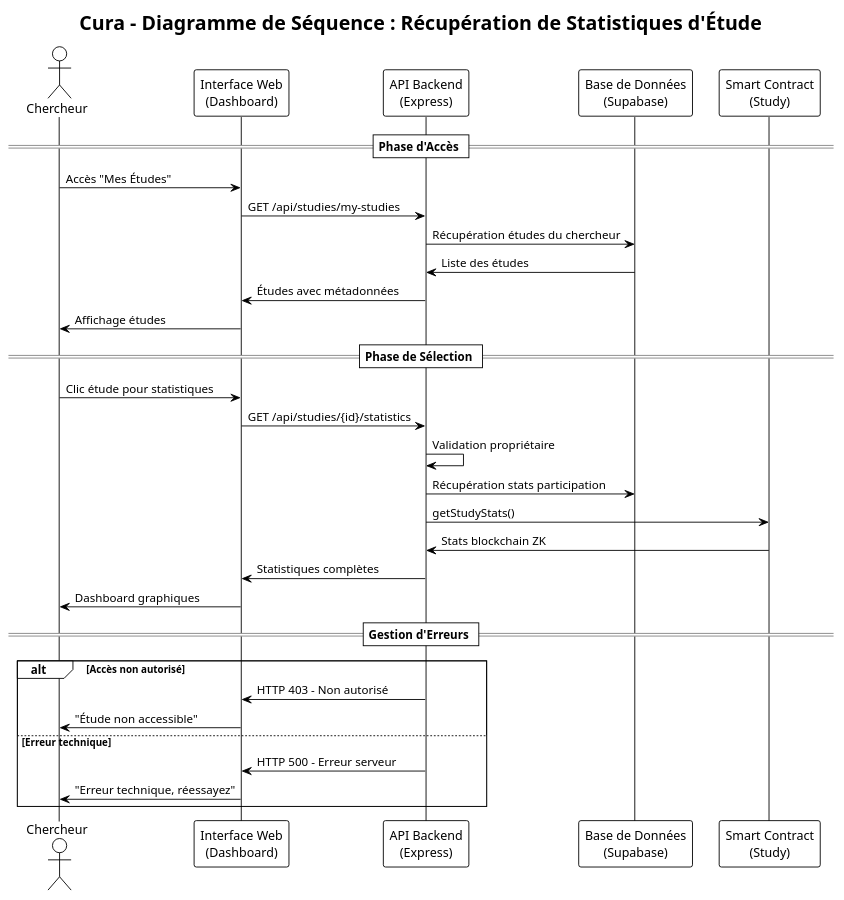
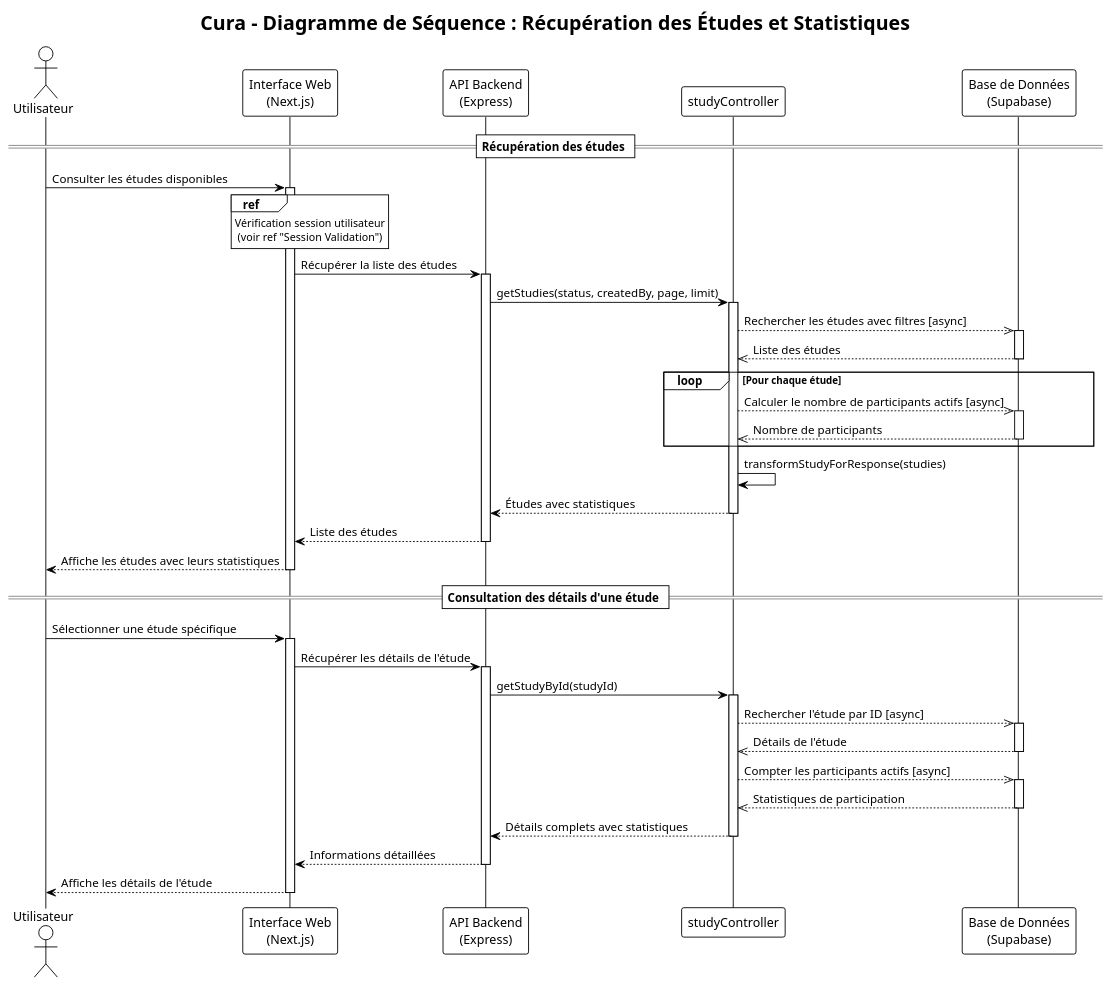
Before and after one commit to monark-community/zk-medical-data-exchange: the diagram in docs/sequence-diagrams/study-statistics-retrieval-sequence.puml, drawn with PlantUML. The commit also changed 11 other files, not shown here.

Commit message:
feat: Update sequence diagrams

```diff
--- a/docs/sequence-diagrams/study-statistics-retrieval-sequence.puml
+++ b/docs/sequence-diagrams/study-statistics-retrieval-sequence.puml
@@ -1,39 +1,72 @@
 @startuml Study_Statistics_Retrieval_Sequence
 !theme plain
 
-title Cura - Diagramme de Séquence : Récupération de Statistiques d'Étude
+title Cura - Diagramme de Séquence : Récupération des Études et Statistiques
 
-actor "Chercheur" as Researcher
-participant "Interface Web\n(Dashboard)" as Frontend
+actor "Utilisateur" as User
+participant "Interface Web\n(Next.js)" as Frontend
 participant "API Backend\n(Express)" as Backend
+participant "studyController" as Controller
 participant "Base de Données\n(Supabase)" as Database
-participant "Smart Contract\n(Study)" as StudyContract
 
-== Phase d'Accès ==
-Researcher -> Frontend : Accès "Mes Études"
-Frontend -> Backend : GET /api/studies/my-studies
-Backend -> Database : Récupération études du chercheur
-Database -> Backend : Liste des études
-Backend -> Frontend : Études avec métadonnées
-Frontend -> Researcher : Affichage études
+== Récupération des études ==
+User -> Frontend : Consulter les études disponibles
+activate Frontend
 
-== Phase de Sélection ==
-Researcher -> Frontend : Clic étude pour statistiques
-Frontend -> Backend : GET /api/studies/{id}/statistics
-Backend -> Backend : Validation propriétaire
-Backend -> Database : Récupération stats participation
-Backend -> StudyContract : getStudyStats()
-StudyContract -> Backend : Stats blockchain ZK
-Backend -> Frontend : Statistiques complètes
-Frontend -> Researcher : Dashboard graphiques
+ref over Frontend
+    Vérification session utilisateur
+    (voir ref "Session Validation")
+end ref
 
-== Gestion d'Erreurs ==
-alt Accès non autorisé
-    Backend -> Frontend : HTTP 403 - Non autorisé
-    Frontend -> Researcher : "Étude non accessible"
-else Erreur technique
-    Backend -> Frontend : HTTP 500 - Erreur serveur
-    Frontend -> Researcher : "Erreur technique, réessayez"
+Frontend -> Backend : Récupérer la liste des études
+activate Backend
+Backend -> Controller : getStudies(status, createdBy, page, limit)
+activate Controller
+
+Controller -->> Database : Rechercher les études avec filtres [async]
+activate Database
+Database -->> Controller : Liste des études
+deactivate Database
+
+loop Pour chaque étude
+    Controller -->> Database : Calculer le nombre de participants actifs [async]
+    activate Database
+    Database -->> Controller : Nombre de participants
+    deactivate Database
 end
 
+Controller -> Controller : transformStudyForResponse(studies)
+
+Controller --> Backend : Études avec statistiques
+deactivate Controller
+Backend --> Frontend : Liste des études
+deactivate Backend
+Frontend --> User : Affiche les études avec leurs statistiques
+deactivate Frontend
+
+== Consultation des détails d'une étude ==
+User -> Frontend : Sélectionner une étude spécifique
+activate Frontend
+Frontend -> Backend : Récupérer les détails de l'étude
+activate Backend
+Backend -> Controller : getStudyById(studyId)
+activate Controller
+
+Controller -->> Database : Rechercher l'étude par ID [async]
+activate Database
+Database -->> Controller : Détails de l'étude
+deactivate Database
+
+Controller -->> Database : Compter les participants actifs [async]
+activate Database
+Database -->> Controller : Statistiques de participation
+deactivate Database
+
+Controller --> Backend : Détails complets avec statistiques
+deactivate Controller
+Backend --> Frontend : Informations détaillées
+deactivate Backend
+Frontend --> User : Affiche les détails de l'étude
+deactivate Frontend
+
 @enduml
```
